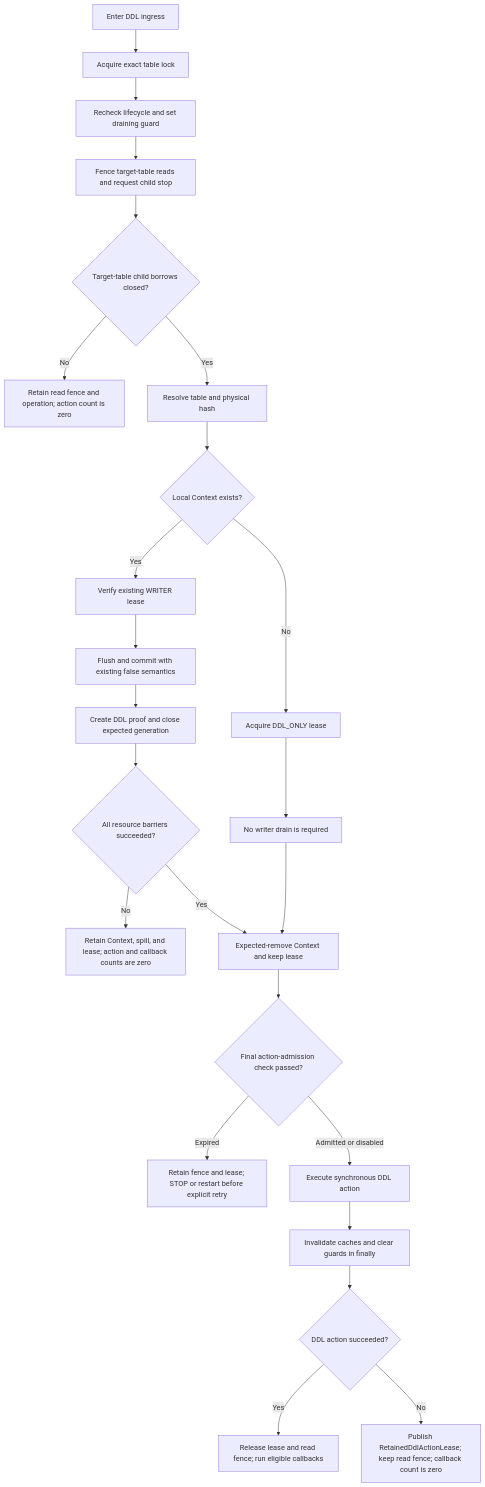
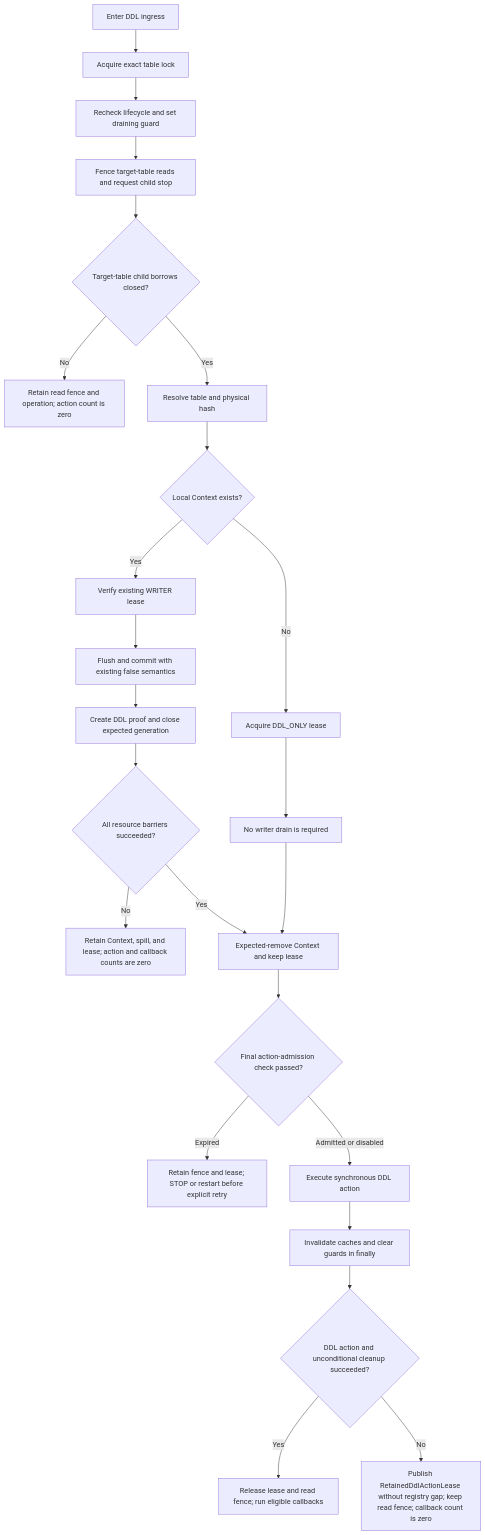
One commit to czy006/tapdata-connectors changed the seventh of 7 diagrams in connectors/paimon-plus-connector/src/doc/paimon-spill-compaction-lifecycle-root-fix-spec.md. Above: the diagram before and after it, drawn with Mermaid. The commit also changed other lines of this file and 10 other files, not shown here.

Commit message:
docs(paimon): make lifecycle architecture portable and exact

````diff
--- a/connectors/paimon-plus-connector/src/doc/paimon-spill-compaction-lifecycle-root-fix-spec.md
+++ b/connectors/paimon-plus-connector/src/doc/paimon-spill-compaction-lifecycle-root-fix-spec.md
@@ -1154,26 +1230,26 @@
 ```mermaid
 graph TD
     A["Enter DDL ingress"] --> B["Acquire exact table lock"]
     B --> C["Recheck lifecycle and set draining guard"]
     C --> RB["Fence target-table reads and request child stop"]
     RB --> RC{"Target-table child borrows closed?"}
     RC -->|No| RX["Retain read fence and operation; action count is zero"]
     RC -->|Yes| D["Resolve table and physical hash"]
     D --> E{"Local Context exists?"}
     E -->|Yes| F["Verify existing WRITER lease"]
     E -->|No| G["Acquire DDL_ONLY lease"]
     F --> H["Flush and commit with existing false semantics"]
     G --> I["No writer drain is required"]
     H --> J["Create DDL proof and close expected generation"]
     J --> K{"All resource barriers succeeded?"}
     K -->|No| R["Retain Context, spill, and lease; action and callback counts are zero"]
     K -->|Yes| L["Expected-remove Context and keep lease"]
     I --> L
     L --> AD{"Final action-admission check passed?"}
     AD -->|Expired| AX["Retain fence and lease; STOP or restart before explicit retry"]
     AD -->|Admitted or disabled| M["Execute synchronous DDL action"]
     M --> N["Invalidate caches and clear guards in finally"]
-    N --> O{"DDL action succeeded?"}
+    N --> O{"DDL action and unconditional cleanup succeeded?"}
     O -->|Yes| P["Release lease and read fence; run eligible callbacks"]
-    O -->|No| Q["Publish RetainedDdlActionLease; keep read fence; callback count is zero"]
+    O -->|No| Q["Publish RetainedDdlActionLease without registry gap; keep read fence; callback count is zero"]
 ```
````
